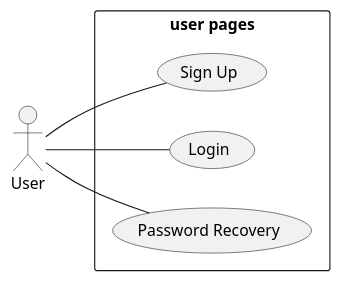
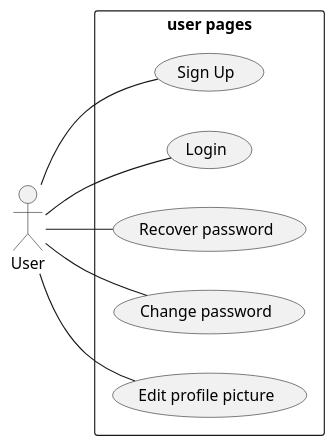
One commit to GiorgioUghini/SafeStreets changed the first of 2 diagrams in RASD/materials/uml/useCases/useCaseDiagrams.wsd. Above: the diagram before and after it, drawn with PlantUML. The commit also changed other lines of this file and 3 other files, not shown here.

```diff
--- a/RASD/materials/uml/useCases/useCaseDiagrams.wsd
+++ b/RASD/materials/uml/useCases/useCaseDiagrams.wsd
@@ -1,11 +1,13 @@
-@startuml user_page
+@startuml uc_user_page
     left to right direction
     skinparam packageStyle rectangle
 
     actor User as U
     rectangle "user pages" {
         U -- (Sign Up)
         U -- (Login)
-        U -- (Password Recovery)
+        U -- (Recover password)
+        U -- (Change password)
+        U -- (Edit profile picture)
     }
 @enduml
```
